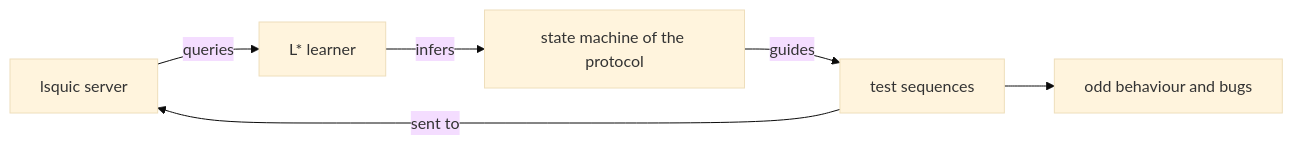
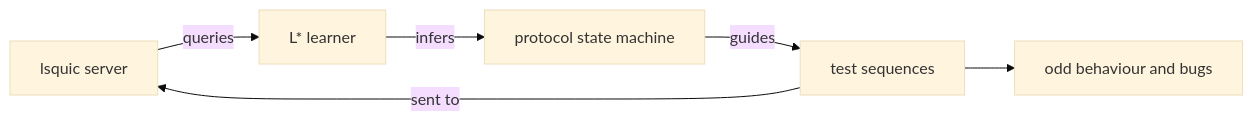
The diagram in README.md (arpan-vs/arpan-vs), drawn with Mermaid (base theme) before and after one commit.

Commit message:
Fix formatting issues in README.md

````diff
--- a/README.md
+++ b/README.md
@@ -19,8 +19,8 @@
 ```mermaid
 flowchart LR
-    A[lsquic server] -->|queries| B[L* learner]
-    B -->|infers| C[state machine of the protocol]
-    C -->|guides| D[test sequences]
-    D -->|sent to| A
-    D --> E[odd behaviour and bugs]
+    A["lsquic server"] -->|"queries"| B["L* learner"]
+    B -->|"infers"| C["protocol state machine"]
+    C -->|"guides"| D["test sequences"]
+    D -->|"sent to"| A
+    D --> E["odd behaviour and bugs"]
 ```
````
